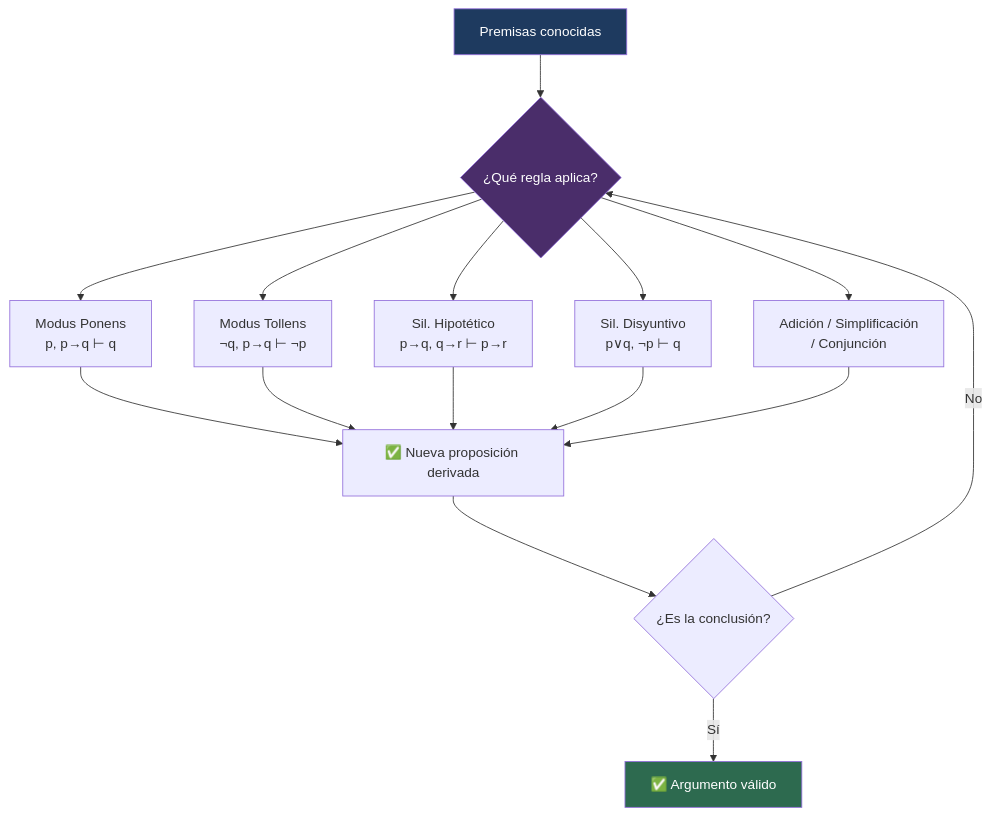
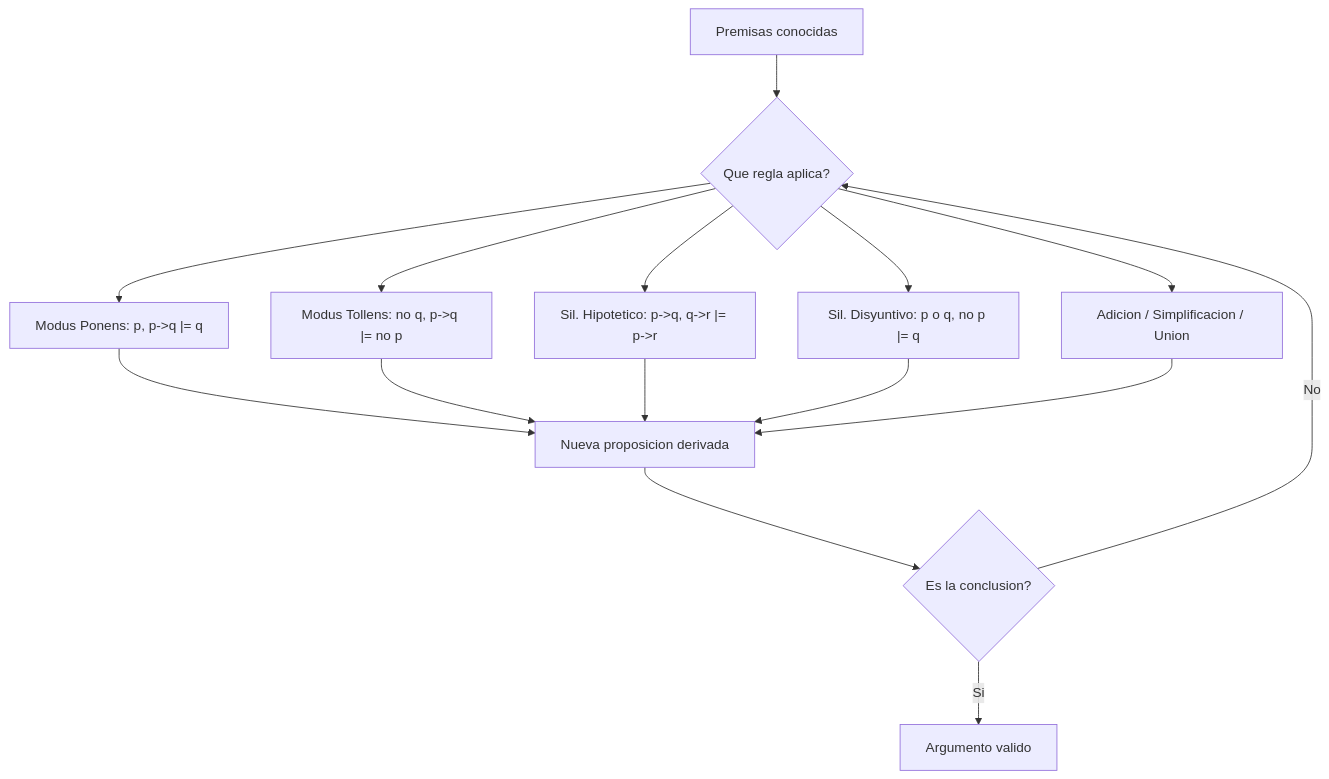
One commit to Fsteven22/Notas-de-Universidad-Freddy-Sanchez- changed the diagram in Universidad/3er Semestre/Matemáticas Discretas/Unidad 1 - Logica y Conjuntos/III - Razonamiento Inductivo/01 - Reglas de Inferencia.md. Above: the diagram before and after it, drawn with Mermaid. The commit also changed other lines of this file and 1424 other files, not shown here.

````diff
--- a/Universidad/3er Semestre/Matemáticas Discretas/Unidad 1 - Logica y Conjuntos/III - Razonamiento Inductivo/01 - Reglas de Inferencia.md
+++ b/Universidad/3er Semestre/Matemáticas Discretas/Unidad 1 - Logica y Conjuntos/III - Razonamiento Inductivo/01 - Reglas de Inferencia.md
@@ -210,24 +214,17 @@
 ```mermaid
 graph TD
-    A[Premisas conocidas] --> B{¿Qué regla aplica?}
-
-    B --> C[Modus Ponens<br/>p, p→q ⊢ q]
-    B --> D[Modus Tollens<br/>¬q, p→q ⊢ ¬p]
-    B --> E[Sil. Hipotético<br/>p→q, q→r ⊢ p→r]
-    B --> F[Sil. Disyuntivo<br/>p∨q, ¬p ⊢ q]
-    B --> G[Adición / Simplificación<br/>/ Conjunción]
-
-    C --> H[✅ Nueva proposición derivada]
+    A[Premisas conocidas] --> B{Que regla aplica?}
+    B --> C["Modus Ponens: p, p->q |= q"]
+    B --> D["Modus Tollens: no q, p->q |= no p"]
+    B --> E["Sil. Hipotetico: p->q, q->r |= p->r"]
+    B --> F["Sil. Disyuntivo: p o q, no p |= q"]
+    B --> G["Adicion / Simplificacion / Union"]
+    C --> H[Nueva proposicion derivada]
     D --> H
     E --> H
     F --> H
     G --> H
-
-    H --> I{¿Es la conclusión?}
-    I -- Sí --> J[✅ Argumento válido]
-    I -- No --> B
-
-    style A fill:#1e3a5f,color:#fff
-    style B fill:#4a2d6a,color:#fff
-    style J fill:#2d6a4f,color:#fff
+    H --> I{Es la conclusion?}
+    I -->|Si| J[Argumento valido]
+    I -->|No| B
 ```
````
